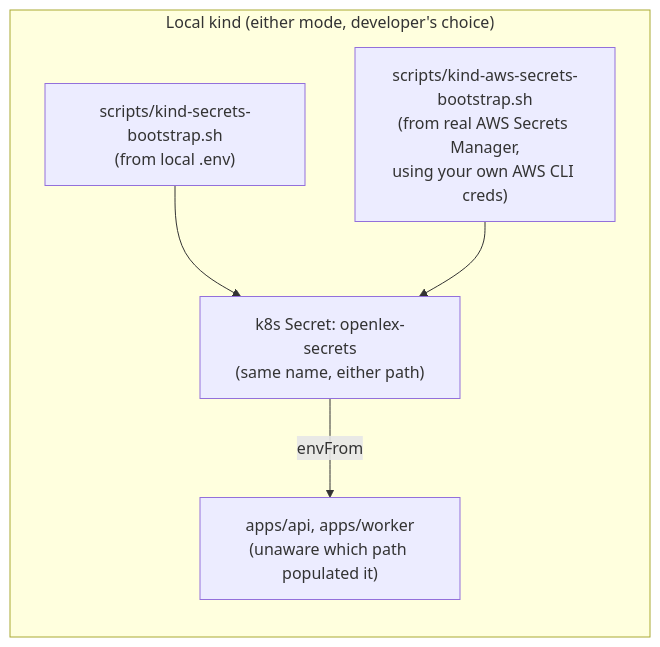
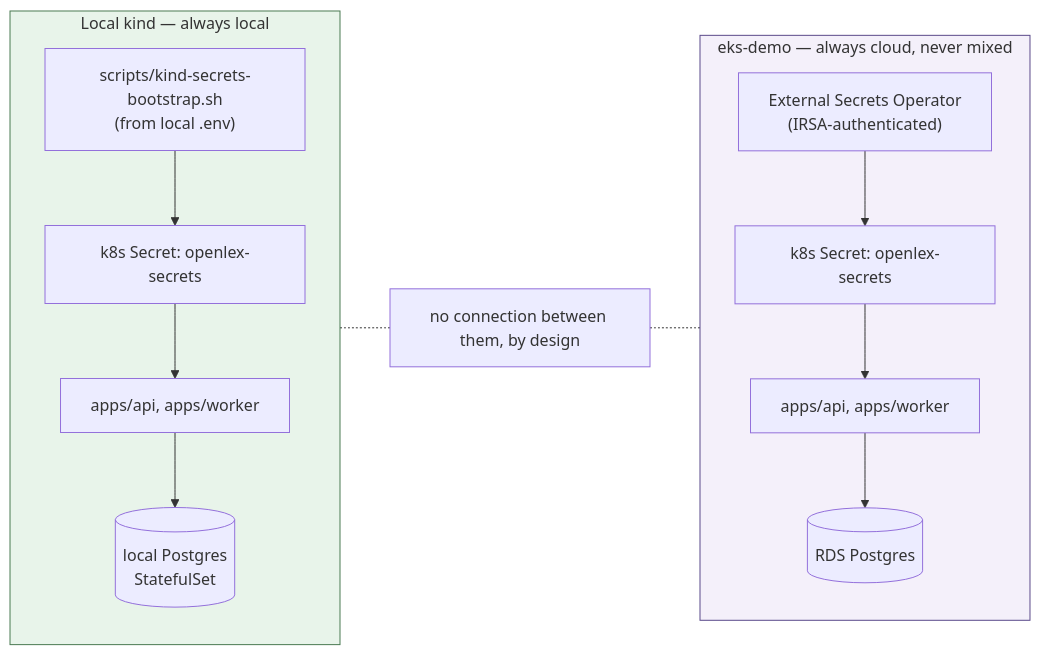
The second of 2 diagrams in docs/superpowers/specs/2026-07-14-phase7-aws-rds-secrets-manager-design.md (rozdolsky33/OpenLex), drawn with Mermaid before and after one commit. The commit also changed other lines of this file, not shown here.

First line of the commit message:
Revise Phase 7 spec: strict local/cloud isolation, drop hybrid bootstrap

````diff
--- a/docs/superpowers/specs/2026-07-14-phase7-aws-rds-secrets-manager-design.md
+++ b/docs/superpowers/specs/2026-07-14-phase7-aws-rds-secrets-manager-design.md
@@ -154,11 +155,20 @@
 ```mermaid
 flowchart LR
-    subgraph Local["Local kind (either mode, developer's choice)"]
-        direction TB
+    subgraph Local["Local kind — always local"]
         S1["scripts/kind-secrets-bootstrap.sh<br/>(from local .env)"]
-        S2["scripts/kind-aws-secrets-bootstrap.sh<br/>(from real AWS Secrets Manager,<br/>using your own AWS CLI creds)"]
-        S1 --> SEC["k8s Secret: openlex-secrets<br/>(same name, either path)"]
-        S2 --> SEC
-        SEC -- "envFrom" --> APP["apps/api, apps/worker<br/>(unaware which path populated it)"]
+        S1 --> SEC1["k8s Secret: openlex-secrets"]
+        SEC1 --> APP1["apps/api, apps/worker"]
+        APP1 --> PG[("local Postgres<br/>StatefulSet")]
     end
+
+    subgraph Cloud["eks-demo — always cloud, never mixed"]
+        ESO["External Secrets Operator<br/>(IRSA-authenticated)"] --> SEC2["k8s Secret: openlex-secrets"]
+        SEC2 --> APP2["apps/api, apps/worker"]
+        APP2 --> RDS[("RDS Postgres")]
+    end
+
+    Local -.- X["no connection between them, by design"] -.- Cloud
+
+    style Local fill:#e8f4ea,stroke:#4a7a52
+    style Cloud fill:#f4f0fa,stroke:#5a4a8a
 ```
````
